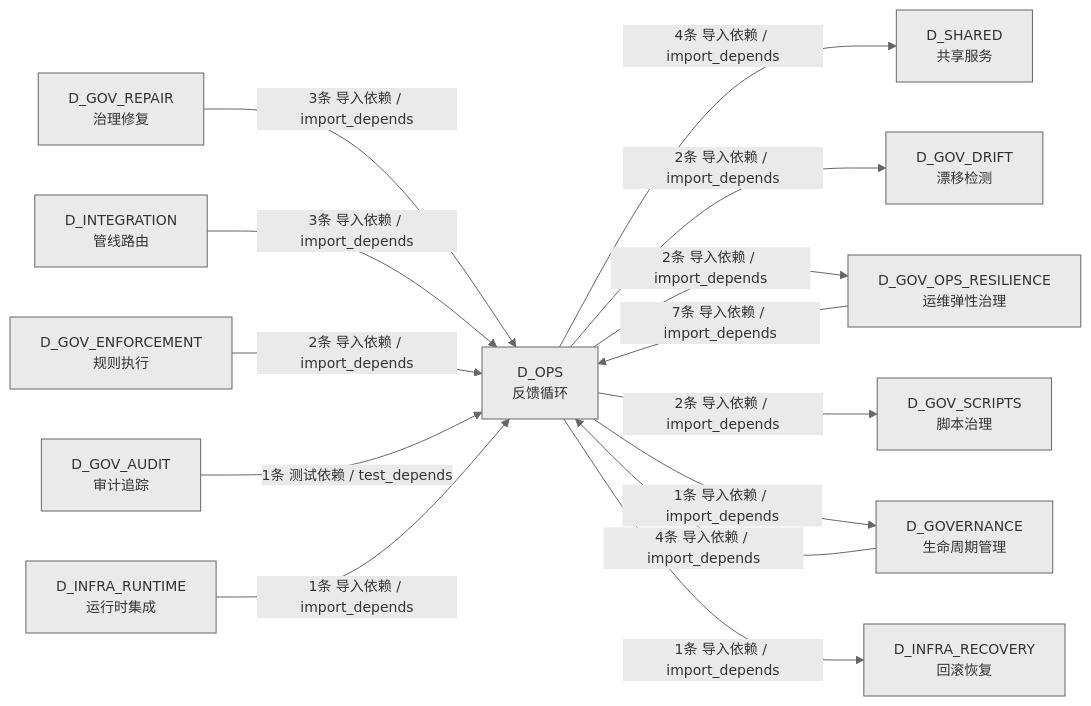
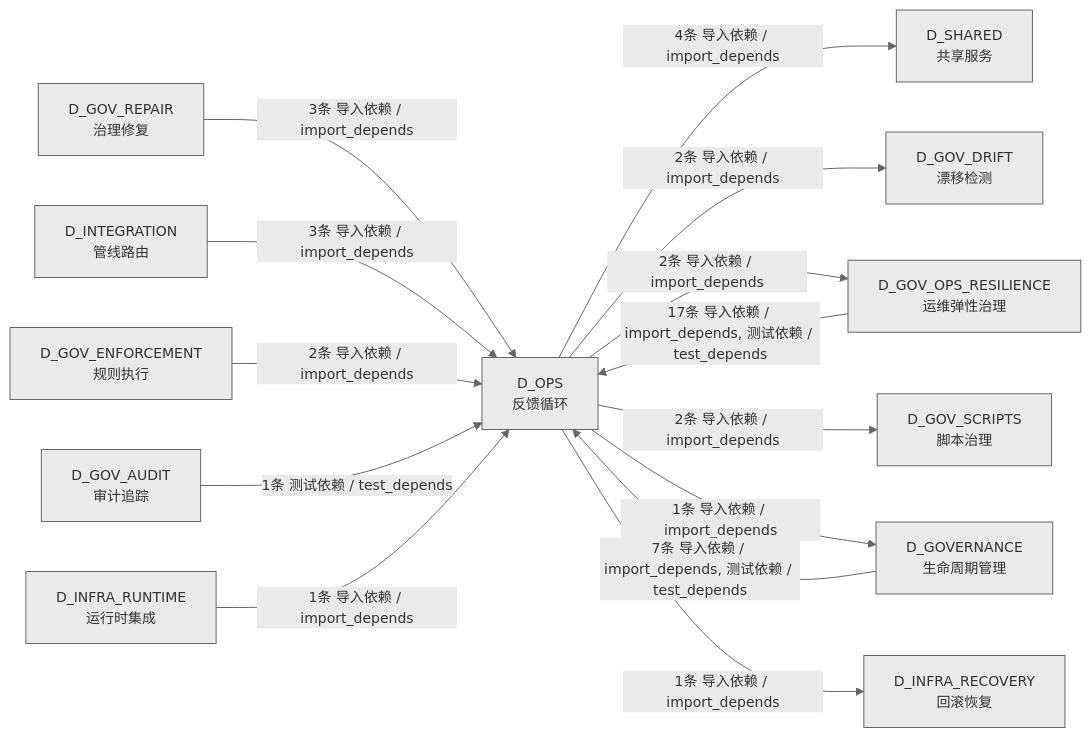
Before and after one commit to xuanFelixVan/ZephyrAlpha: the third of 3 diagrams in docs/02_enterprise_architecture/02_domain_architecture_docs/24_d_ops.md, drawn with Mermaid. The commit also changed other lines of this file and 45 other files, not shown here.

````diff
--- a/docs/02_enterprise_architecture/02_domain_architecture_docs/24_d_ops.md
+++ b/docs/02_enterprise_architecture/02_domain_architecture_docs/24_d_ops.md
@@ -214,29 +226,29 @@
 ```mermaid
 %%{init: {'theme': 'base', 'themeVariables': {'primaryColor': '#eaeaea', 'primaryTextColor': '#333333', 'primaryBorderColor': '#666666', 'lineColor': '#666666', 'secondaryColor': '#eaeaea', 'tertiaryColor': '#eaeaea', 'fontSize': '14px'}}}%%
 graph LR
     D_OPS["D_OPS<br/>反馈循环"]
     D_SHARED["D_SHARED<br/>共享服务"]
     D_GOV_DRIFT["D_GOV_DRIFT<br/>漂移检测"]
     D_GOV_OPS_RESILIENCE["D_GOV_OPS_RESILIENCE<br/>运维弹性治理"]
     D_GOV_SCRIPTS["D_GOV_SCRIPTS<br/>脚本治理"]
     D_GOVERNANCE["D_GOVERNANCE<br/>生命周期管理"]
     D_INFRA_RECOVERY["D_INFRA_RECOVERY<br/>回滚恢复"]
     D_GOV_REPAIR["D_GOV_REPAIR<br/>治理修复"]
     D_INTEGRATION["D_INTEGRATION<br/>管线路由"]
     D_GOV_ENFORCEMENT["D_GOV_ENFORCEMENT<br/>规则执行"]
     D_GOV_AUDIT["D_GOV_AUDIT<br/>审计追踪"]
     D_INFRA_RUNTIME["D_INFRA_RUNTIME<br/>运行时集成"]
     D_OPS -->|4条 导入依赖 / import_depends| D_SHARED
     D_OPS -->|2条 导入依赖 / import_depends| D_GOV_DRIFT
     D_OPS -->|2条 导入依赖 / import_depends| D_GOV_OPS_RESILIENCE
     D_OPS -->|2条 导入依赖 / import_depends| D_GOV_SCRIPTS
     D_OPS -->|1条 导入依赖 / import_depends| D_GOVERNANCE
     D_OPS -->|1条 导入依赖 / import_depends| D_INFRA_RECOVERY
-    D_GOV_OPS_RESILIENCE -->|7条 导入依赖 / import_depends| D_OPS
-    D_GOVERNANCE -->|4条 导入依赖 / import_depends| D_OPS
+    D_GOV_OPS_RESILIENCE -->|17条 导入依赖 / import_depends, 测试依赖 / test_depends| D_OPS
+    D_GOVERNANCE -->|7条 导入依赖 / import_depends, 测试依赖 / test_depends| D_OPS
     D_GOV_REPAIR -->|3条 导入依赖 / import_depends| D_OPS
     D_INTEGRATION -->|3条 导入依赖 / import_depends| D_OPS
     D_GOV_ENFORCEMENT -->|2条 导入依赖 / import_depends| D_OPS
     D_GOV_AUDIT -->|1条 测试依赖 / test_depends| D_OPS
     D_INFRA_RUNTIME -->|1条 导入依赖 / import_depends| D_OPS
 ```
````
